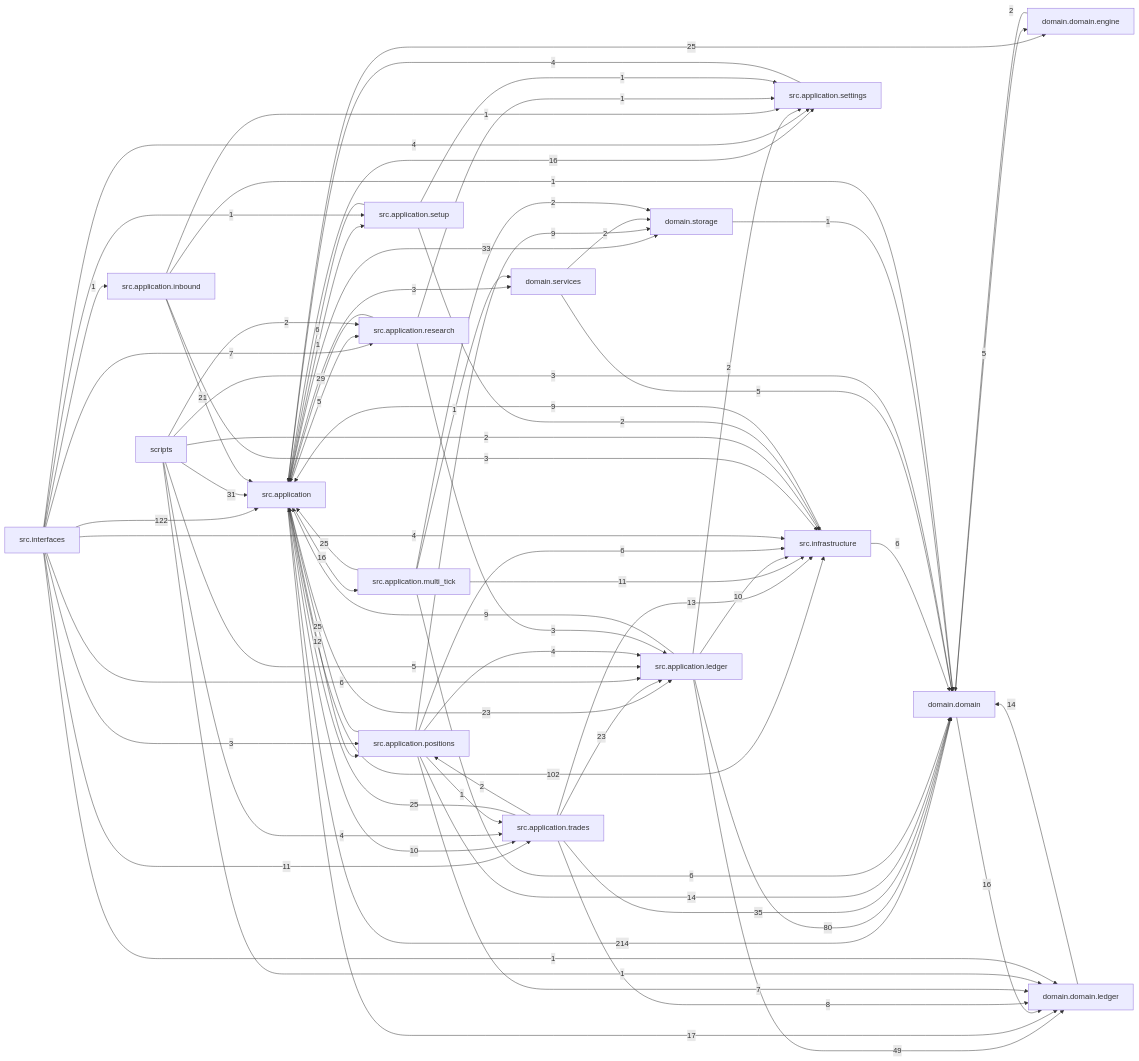
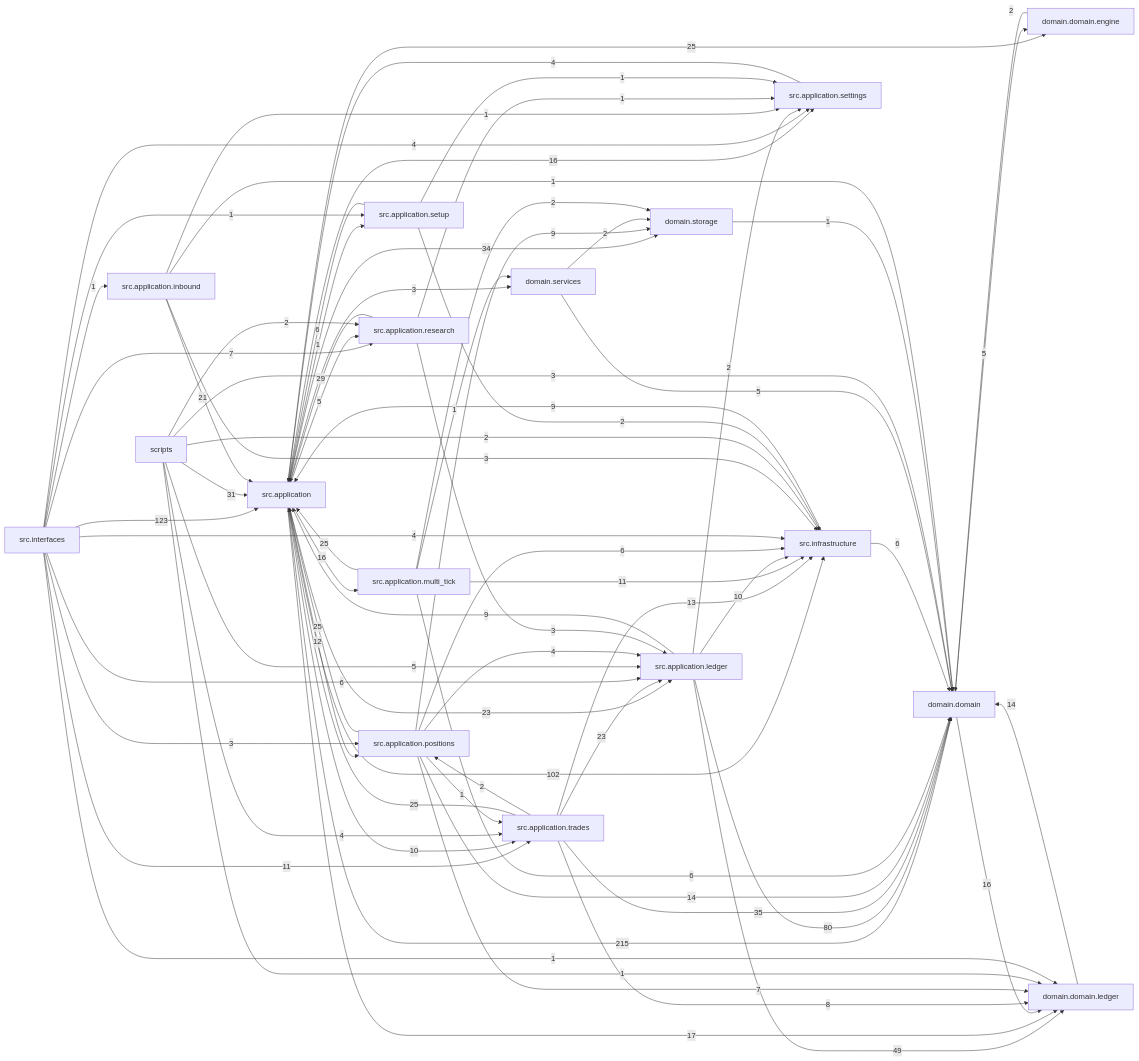
Before and after one commit to liuxie066/options-monitor: the diagram in docs/dependency_graph.mmd, drawn with Mermaid. The commit also changed 29 other files, not shown here.

```diff
--- a/docs/dependency_graph.mmd
+++ b/docs/dependency_graph.mmd
@@ -1,74 +1,74 @@
 flowchart LR
-  src_application["src.application"] -->|214| domain_domain["domain.domain"]
-  src_interfaces["src.interfaces"] -->|122| src_application["src.application"]
+  src_application["src.application"] -->|215| domain_domain["domain.domain"]
+  src_interfaces["src.interfaces"] -->|123| src_application["src.application"]
   src_application["src.application"] -->|102| src_infrastructure["src.infrastructure"]
   src_application_ledger["src.application.ledger"] -->|80| domain_domain["domain.domain"]
   src_application_ledger["src.application.ledger"] -->|49| domain_domain_ledger["domain.domain.ledger"]
   src_application_trades["src.application.trades"] -->|35| domain_domain["domain.domain"]
-  src_application["src.application"] -->|33| domain_storage["domain.storage"]
+  src_application["src.application"] -->|34| domain_storage["domain.storage"]
   scripts["scripts"] -->|31| src_application["src.application"]
   src_application_research["src.application.research"] -->|29| src_application["src.application"]
   src_application["src.application"] -->|25| domain_domain_engine["domain.domain.engine"]
   src_application_multi_tick["src.application.multi_tick"] -->|25| src_application["src.application"]
   src_application_positions["src.application.positions"] -->|25| src_application["src.application"]
   src_application_trades["src.application.trades"] -->|25| src_application["src.application"]
   src_application["src.application"] -->|23| src_application_ledger["src.application.ledger"]
   src_application_trades["src.application.trades"] -->|23| src_application_ledger["src.application.ledger"]
   src_application_inbound["src.application.inbound"] -->|21| src_application["src.application"]
   src_application["src.application"] -->|17| domain_domain_ledger["domain.domain.ledger"]
   domain_domain["domain.domain"] -->|16| domain_domain_ledger["domain.domain.ledger"]
   src_application["src.application"] -->|16| src_application_multi_tick["src.application.multi_tick"]
   src_application["src.application"] -->|16| src_application_settings["src.application.settings"]
   domain_domain_ledger["domain.domain.ledger"] -->|14| domain_domain["domain.domain"]
   src_application_positions["src.application.positions"] -->|14| domain_domain["domain.domain"]
   src_application_trades["src.application.trades"] -->|13| src_infrastructure["src.infrastructure"]
   src_application["src.application"] -->|12| src_application_positions["src.application.positions"]
   src_application_multi_tick["src.application.multi_tick"] -->|11| src_infrastructure["src.infrastructure"]
   src_interfaces["src.interfaces"] -->|11| src_application_trades["src.application.trades"]
   src_application["src.application"] -->|10| src_application_trades["src.application.trades"]
   src_application_ledger["src.application.ledger"] -->|10| src_infrastructure["src.infrastructure"]
   src_application_ledger["src.application.ledger"] -->|9| src_application["src.application"]
   src_application_positions["src.application.positions"] -->|9| domain_storage["domain.storage"]
   src_infrastructure["src.infrastructure"] -->|9| src_application["src.application"]
   src_application_trades["src.application.trades"] -->|8| domain_domain_ledger["domain.domain.ledger"]
   src_application_positions["src.application.positions"] -->|7| domain_domain_ledger["domain.domain.ledger"]
   src_interfaces["src.interfaces"] -->|7| src_application_research["src.application.research"]
   src_application_multi_tick["src.application.multi_tick"] -->|6| domain_domain["domain.domain"]
   src_application_positions["src.application.positions"] -->|6| src_infrastructure["src.infrastructure"]
   src_application_setup["src.application.setup"] -->|6| src_application["src.application"]
   src_infrastructure["src.infrastructure"] -->|6| domain_domain["domain.domain"]
   src_interfaces["src.interfaces"] -->|6| src_application_ledger["src.application.ledger"]
   domain_domain["domain.domain"] -->|5| domain_domain_engine["domain.domain.engine"]
   domain_services["domain.services"] -->|5| domain_domain["domain.domain"]
   scripts["scripts"] -->|5| src_application_ledger["src.application.ledger"]
   src_application["src.application"] -->|5| src_application_research["src.application.research"]
   scripts["scripts"] -->|4| src_application_trades["src.application.trades"]
   src_application_positions["src.application.positions"] -->|4| src_application_ledger["src.application.ledger"]
   src_application_settings["src.application.settings"] -->|4| src_application["src.application"]
   src_interfaces["src.interfaces"] -->|4| src_application_settings["src.application.settings"]
   src_interfaces["src.interfaces"] -->|4| src_infrastructure["src.infrastructure"]
   scripts["scripts"] -->|3| domain_domain["domain.domain"]
   src_application["src.application"] -->|3| domain_services["domain.services"]
   src_application_inbound["src.application.inbound"] -->|3| src_infrastructure["src.infrastructure"]
   src_application_research["src.application.research"] -->|3| src_application_ledger["src.application.ledger"]
   src_interfaces["src.interfaces"] -->|3| src_application_positions["src.application.positions"]
   domain_domain_engine["domain.domain.engine"] -->|2| domain_domain["domain.domain"]
   domain_services["domain.services"] -->|2| domain_storage["domain.storage"]
   scripts["scripts"] -->|2| src_application_research["src.application.research"]
   scripts["scripts"] -->|2| src_infrastructure["src.infrastructure"]
   src_application_ledger["src.application.ledger"] -->|2| src_application_settings["src.application.settings"]
   src_application_multi_tick["src.application.multi_tick"] -->|2| domain_storage["domain.storage"]
   src_application_setup["src.application.setup"] -->|2| src_infrastructure["src.infrastructure"]
   src_application_trades["src.application.trades"] -->|2| src_application_positions["src.application.positions"]
   domain_storage["domain.storage"] -->|1| domain_domain["domain.domain"]
   scripts["scripts"] -->|1| domain_domain_ledger["domain.domain.ledger"]
   src_application["src.application"] -->|1| src_application_setup["src.application.setup"]
   src_application_inbound["src.application.inbound"] -->|1| domain_domain["domain.domain"]
   src_application_inbound["src.application.inbound"] -->|1| src_application_settings["src.application.settings"]
   src_application_multi_tick["src.application.multi_tick"] -->|1| domain_services["domain.services"]
   src_application_positions["src.application.positions"] -->|1| src_application_trades["src.application.trades"]
   src_application_research["src.application.research"] -->|1| src_application_settings["src.application.settings"]
   src_application_setup["src.application.setup"] -->|1| src_application_settings["src.application.settings"]
   src_interfaces["src.interfaces"] -->|1| domain_domain_ledger["domain.domain.ledger"]
   src_interfaces["src.interfaces"] -->|1| src_application_inbound["src.application.inbound"]
   src_interfaces["src.interfaces"] -->|1| src_application_setup["src.application.setup"]
```
